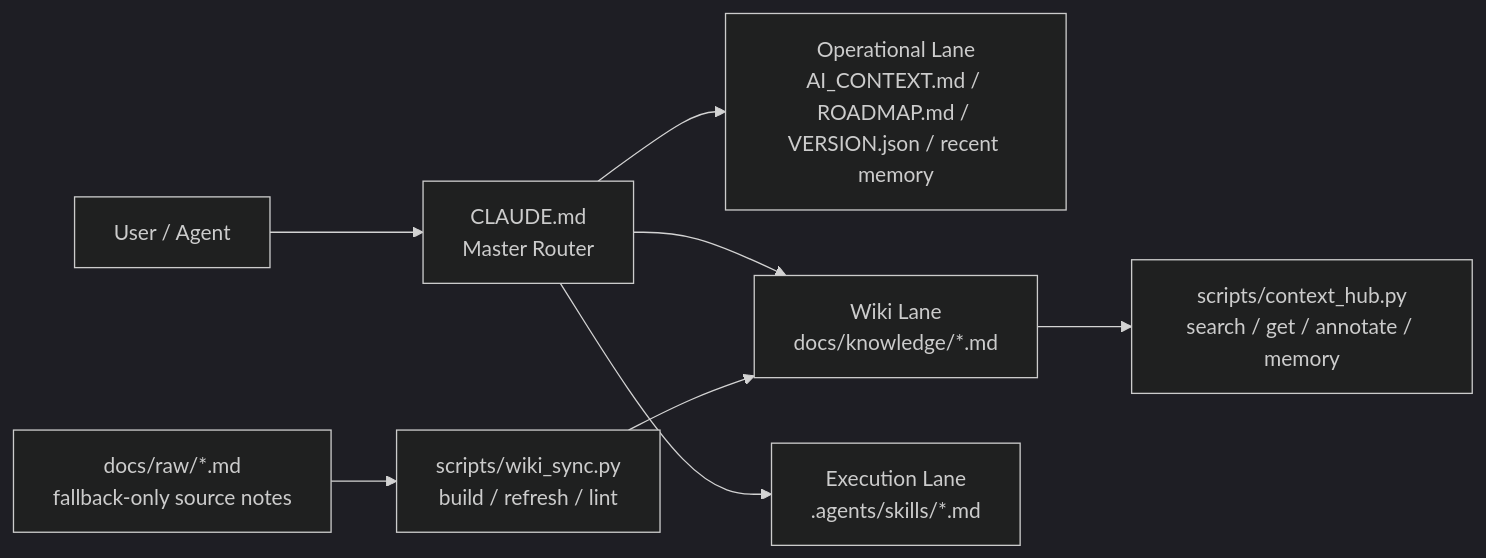
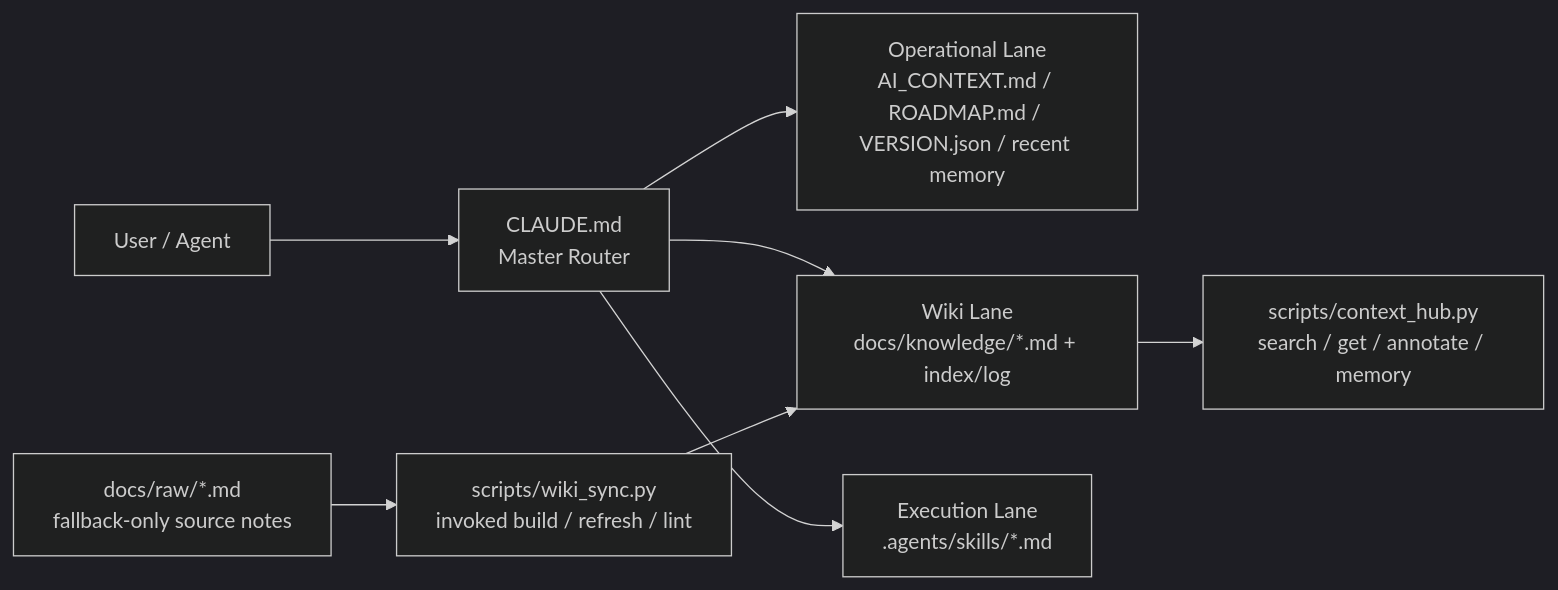
Before and after one commit to lihowfun/O-ALL-WANT: the diagram in README.md, drawn with Mermaid (dark theme). The commit also changed other lines of this file, not shown here.

````diff
--- a/README.md
+++ b/README.md
@@ -31,10 +45,10 @@
 ```mermaid
 flowchart LR
     U["User / Agent"] --> R["CLAUDE.md<br/>Master Router"]
     R --> O["Operational Lane<br/>AI_CONTEXT.md / ROADMAP.md / VERSION.json / recent memory"]
-    R --> W["Wiki Lane<br/>docs/knowledge/*.md"]
+    R --> W["Wiki Lane<br/>docs/knowledge/*.md + index/log"]
     R --> X["Execution Lane<br/>.agents/skills/*.md"]
     W --> C["scripts/context_hub.py<br/>search / get / annotate / memory"]
-    S["docs/raw/*.md<br/>fallback-only source notes"] --> Y["scripts/wiki_sync.py<br/>build / refresh / lint"]
+    S["docs/raw/*.md<br/>fallback-only source notes"] --> Y["scripts/wiki_sync.py<br/>invoked build / refresh / lint"]
     Y --> W
 ```
````
